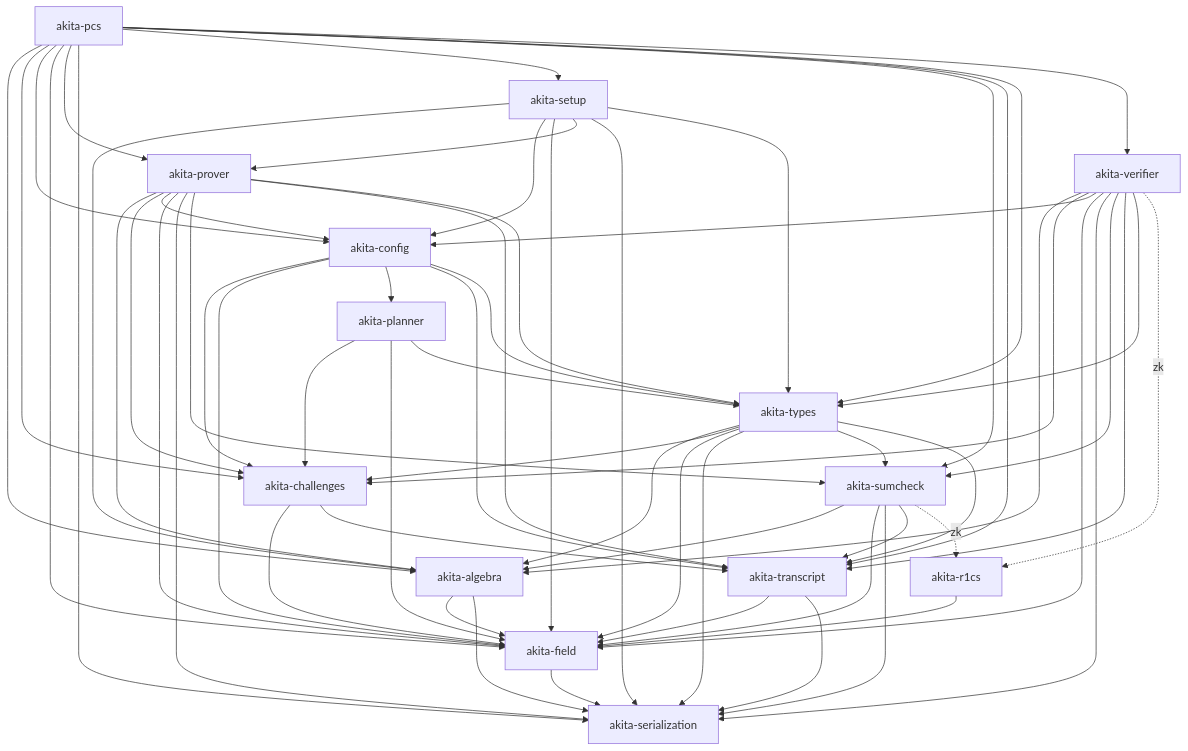
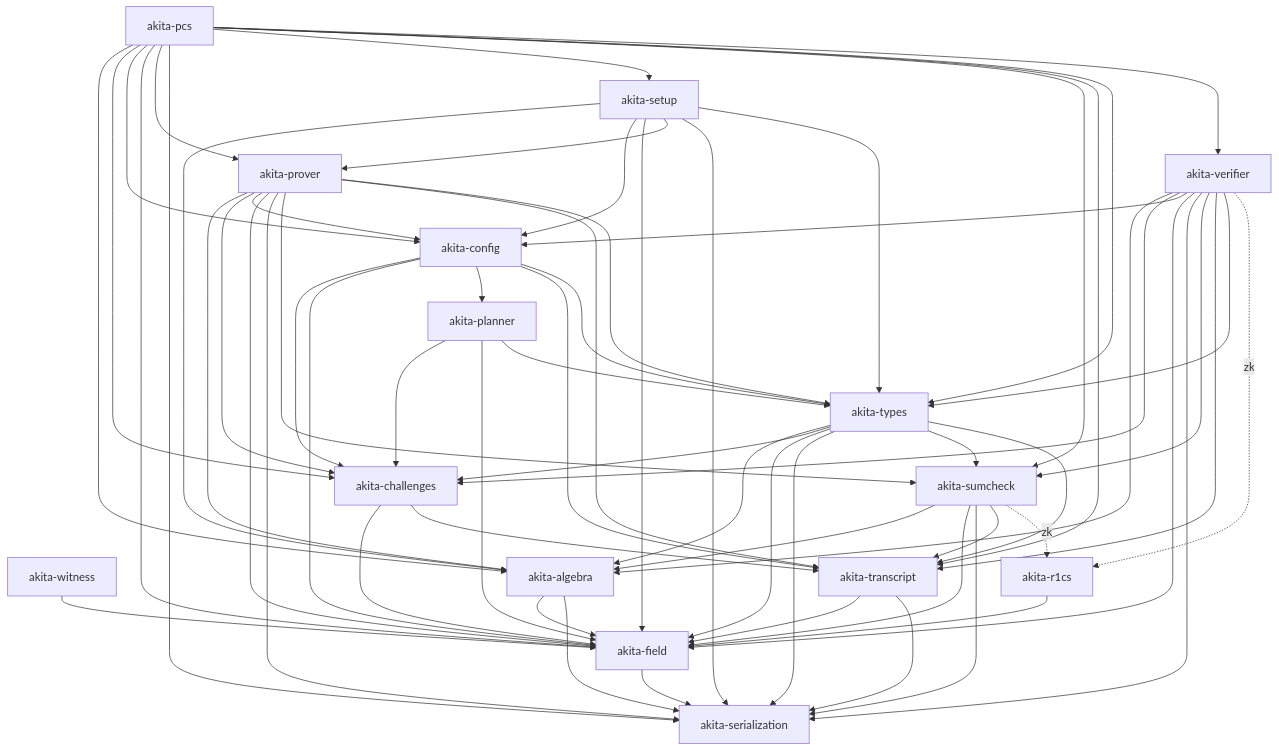
One commit to LayerZero-Labs/akita changed the diagram in docs/crate-graph.md. Above: the diagram before and after it, drawn with Mermaid. The commit also changed other lines of this file and 32 other files, not shown here.

````diff
--- a/docs/crate-graph.md
+++ b/docs/crate-graph.md
@@ -14,79 +14,81 @@
 ```mermaid
 graph TD
   Ser["akita-serialization"]
   Field["akita-field"]
+  Witness["akita-witness"]
   Algebra["akita-algebra"]
   Transcript["akita-transcript"]
   Challenges["akita-challenges"]
   Sumcheck["akita-sumcheck"]
   R1cs["akita-r1cs"]
   Types["akita-types"]
   Planner["akita-planner"]
   Config["akita-config"]
   Verifier["akita-verifier"]
   Prover["akita-prover"]
   Setup["akita-setup"]
   Pcs["akita-pcs"]
 
   Field --> Ser
+  Witness --> Field
   Algebra --> Field
   Algebra --> Ser
   Transcript --> Field
   Transcript --> Ser
   Challenges --> Field
   Challenges --> Transcript
   R1cs --> Field
   Sumcheck --> Algebra
   Sumcheck --> Field
   Sumcheck --> Ser
   Sumcheck --> Transcript
   Sumcheck -. "zk" .-> R1cs
   Types --> Algebra
   Types --> Challenges
   Types --> Field
   Types --> Ser
   Types --> Sumcheck
   Types --> Transcript
   Planner --> Challenges
   Planner --> Field
   Planner --> Types
   Config --> Challenges
   Config --> Field
   Config --> Planner
   Config --> Transcript
   Config --> Types
   Verifier --> Algebra
   Verifier --> Challenges
   Verifier --> Config
   Verifier --> Field
   Verifier --> Ser
   Verifier --> Sumcheck
   Verifier --> Transcript
   Verifier --> Types
   Verifier -. "zk" .-> R1cs
   Prover --> Algebra
   Prover --> Challenges
   Prover --> Config
   Prover --> Field
   Prover --> Ser
   Prover --> Sumcheck
   Prover --> Transcript
   Prover --> Types
   Setup --> Algebra
   Setup --> Config
   Setup --> Field
   Setup --> Prover
   Setup --> Ser
   Setup --> Types
   Pcs --> Algebra
   Pcs --> Challenges
   Pcs --> Config
   Pcs --> Field
   Pcs --> Prover
   Pcs --> Ser
   Pcs --> Setup
   Pcs --> Sumcheck
   Pcs --> Transcript
   Pcs --> Types
   Pcs --> Verifier
 ```
````
